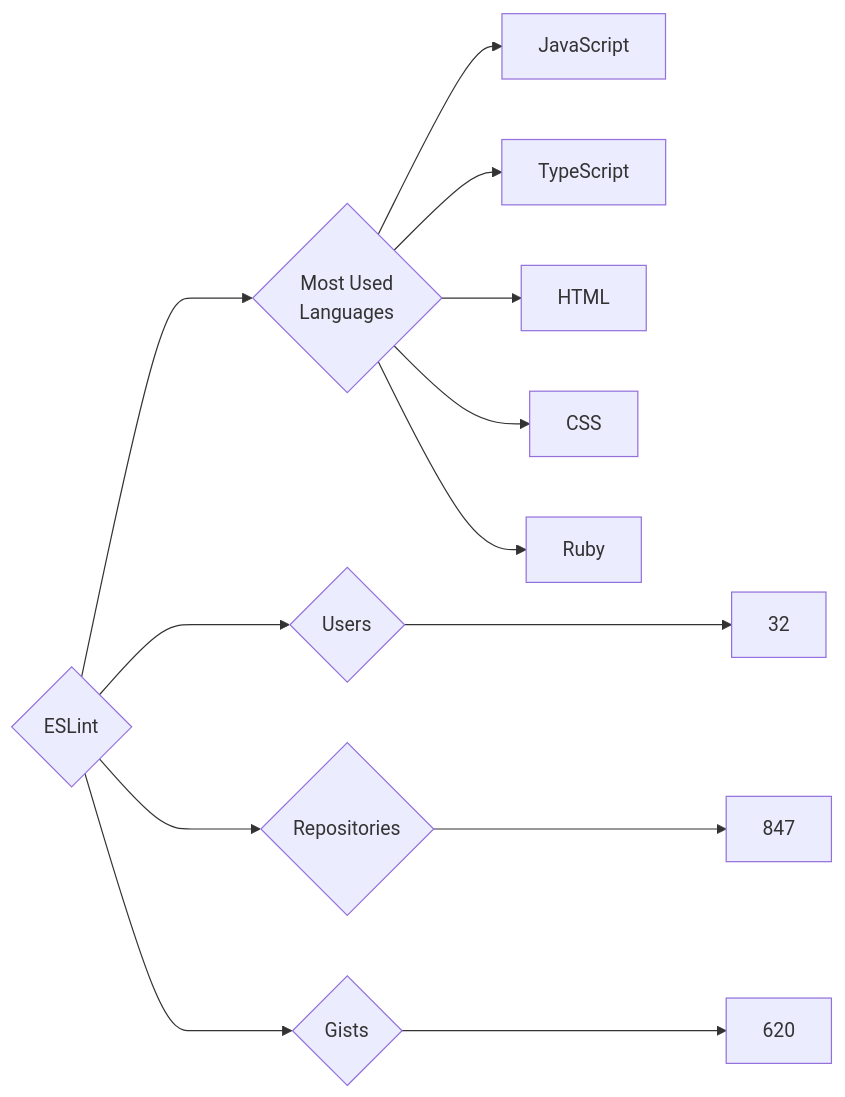
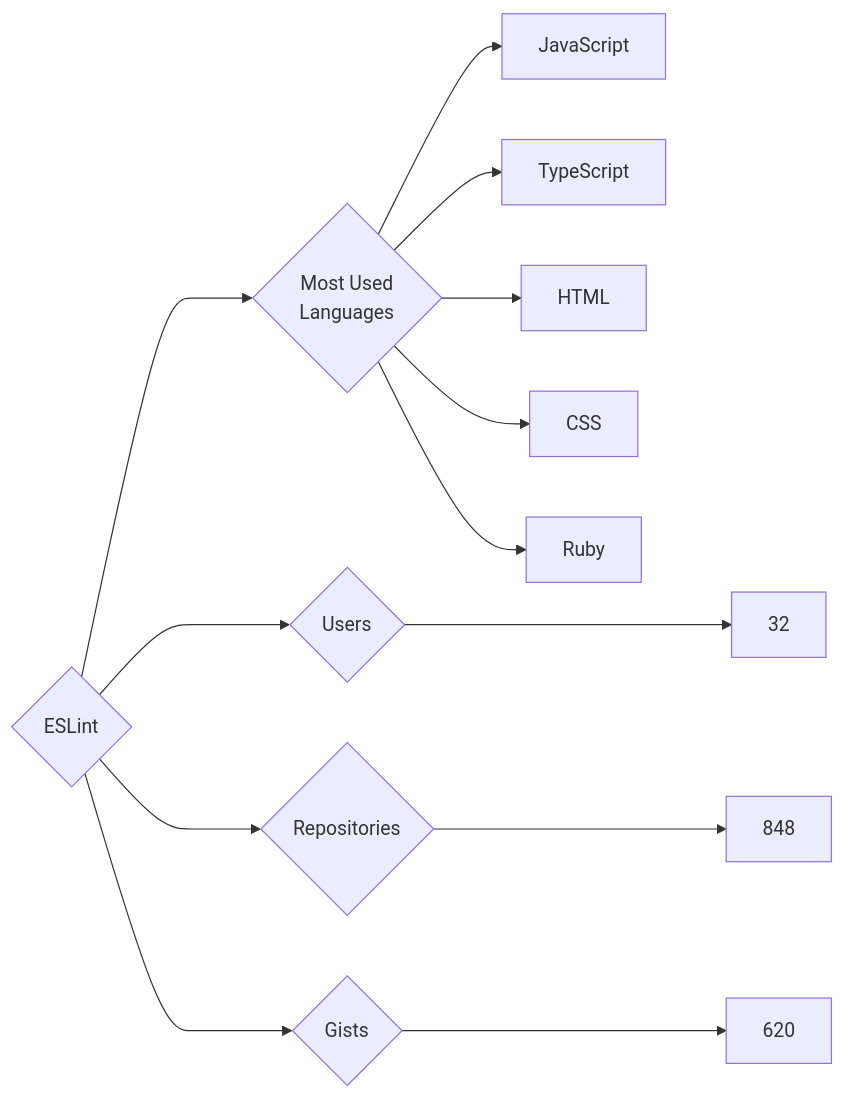
Before and after one commit to trickest/insiders: the diagram in targets/ESLint/README.md, drawn with Mermaid. The commit also changed 757 other files, not shown here.

````diff
--- a/targets/ESLint/README.md
+++ b/targets/ESLint/README.md
@@ -3,13 +3,13 @@
 ```mermaid
 graph LR
 COMPANY_NAME{ESLint}
 COMPANY_NAME ---> U{Users} ---> UN[32]
-COMPANY_NAME ---> R{Repositories} ---> RN[847]
+COMPANY_NAME ---> R{Repositories} ---> RN[848]
 COMPANY_NAME ---> G{Gists} ---> GN[620]
 COMPANY_NAME ---> ML{Most Used<br>Languages}
 ML --> JavaScript[JavaScript]
 ML --> TypeScript[TypeScript]
 ML --> HTML[HTML]
 ML --> CSS[CSS]
 ML --> Ruby[Ruby]
 ```
````
